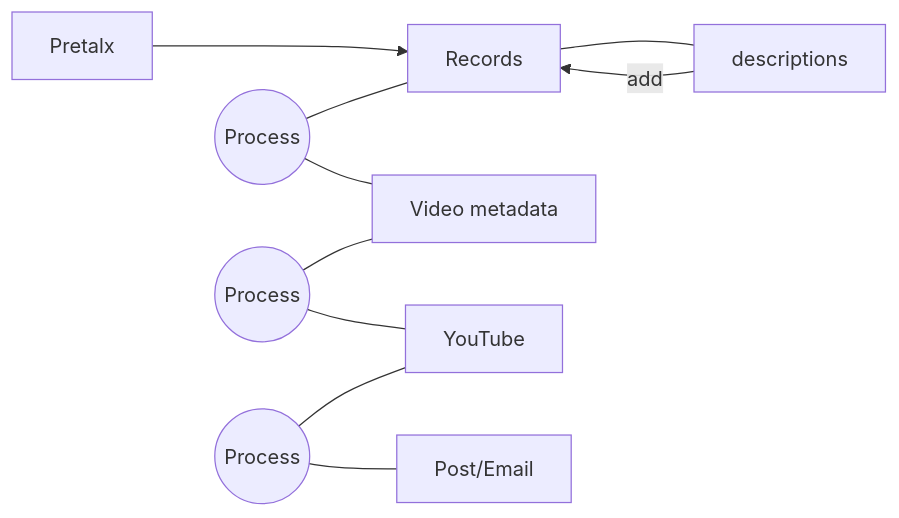
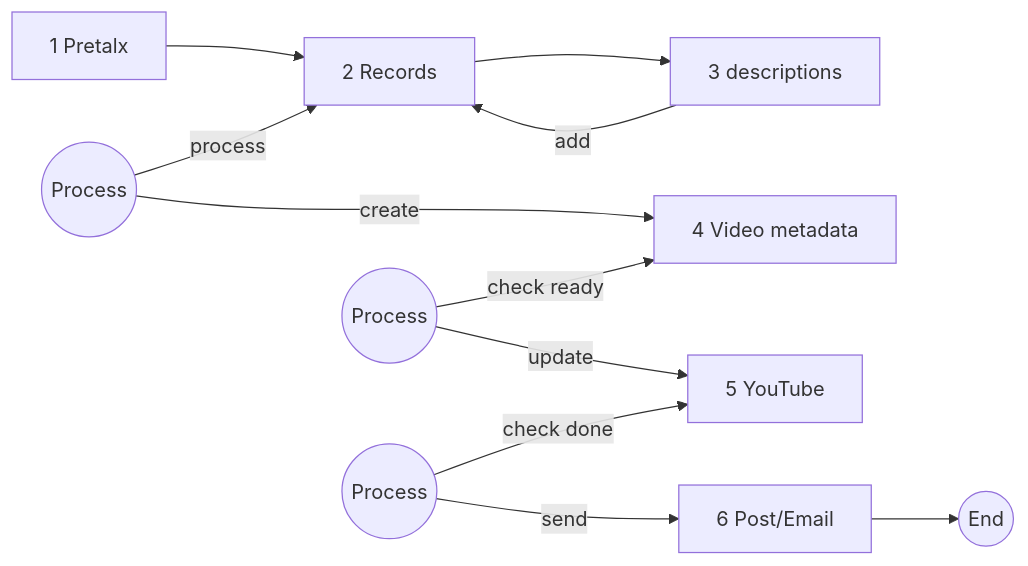
The diagram in docs/index.md (PioneersHub/pytube), drawn with Mermaid before and after one commit. The commit also changed 3 other files, not shown here.

````diff
--- a/docs/index.md
+++ b/docs/index.md
@@ -34,22 +34,24 @@
 ``` mermaid
 graph LR;
 
-    P[Pretalx];
-    R[Records];
-    N[descriptions];
-    V[Video metadata];
+    P[1 Pretalx];
+    R[2 Records];
+    N[3 descriptions];
+    V[4 Video metadata];
     F((Process));
     G((Process));
     H((Process));
-    VS[YouTube];
-    S[Post/Email];
-    P ---> R;
-    R --- N --add --> R;
-    F --- R;
-    F --- V;
-    G --- V;
-    G --- VS;
-    H --- VS;
-    H --- S;
+    VS[5 YouTube];
+    S[6 Post/Email];
+    X((End));
+    P --> R;
+    R --> N --add --> R;
+    F --process--> R;
+    F --create---> V;
+    G --check ready--> V;
+    G --update--> VS;
+    H --check done--> VS;
+    H --send--> S;
+    S --> X;
     
 ```
````
